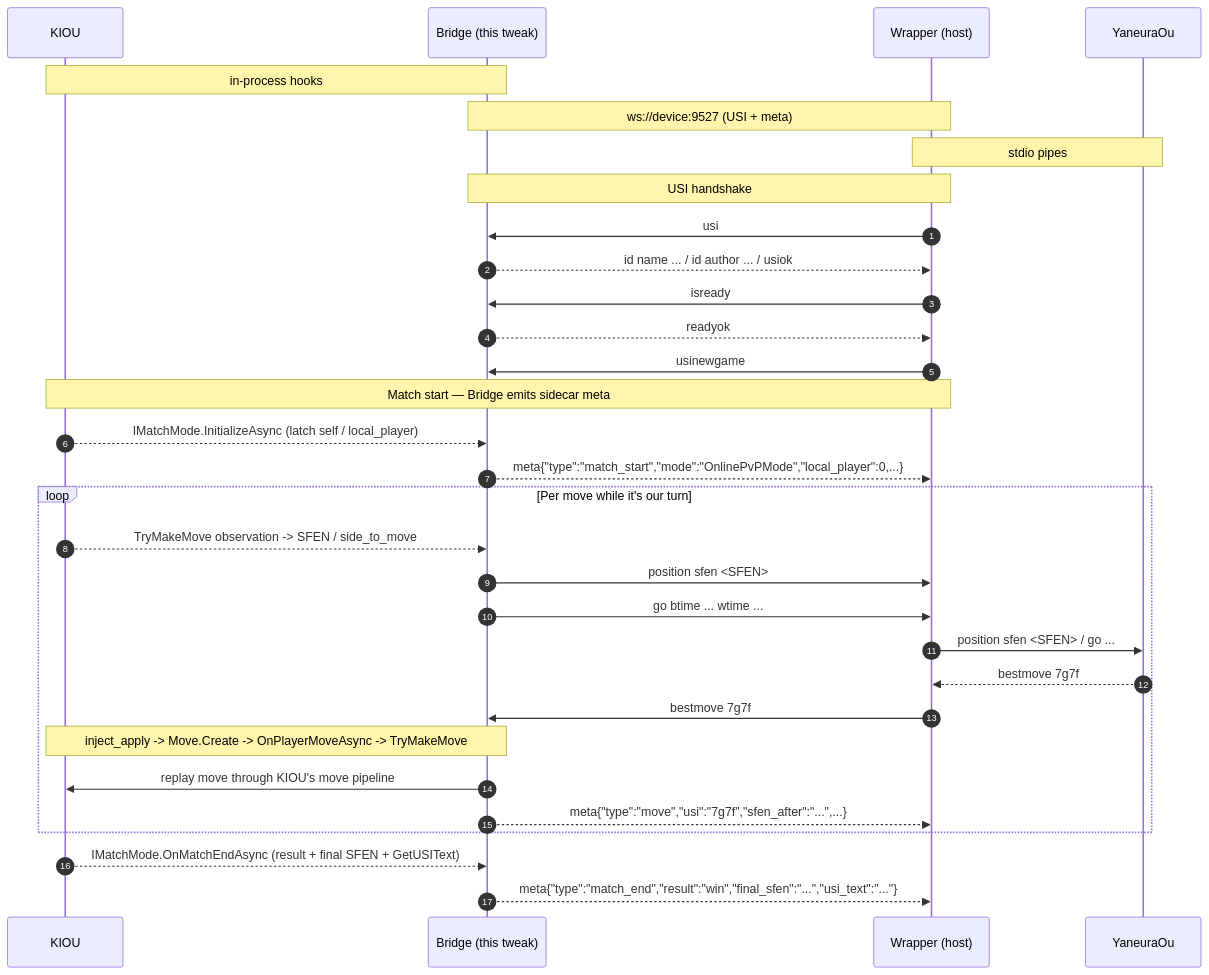
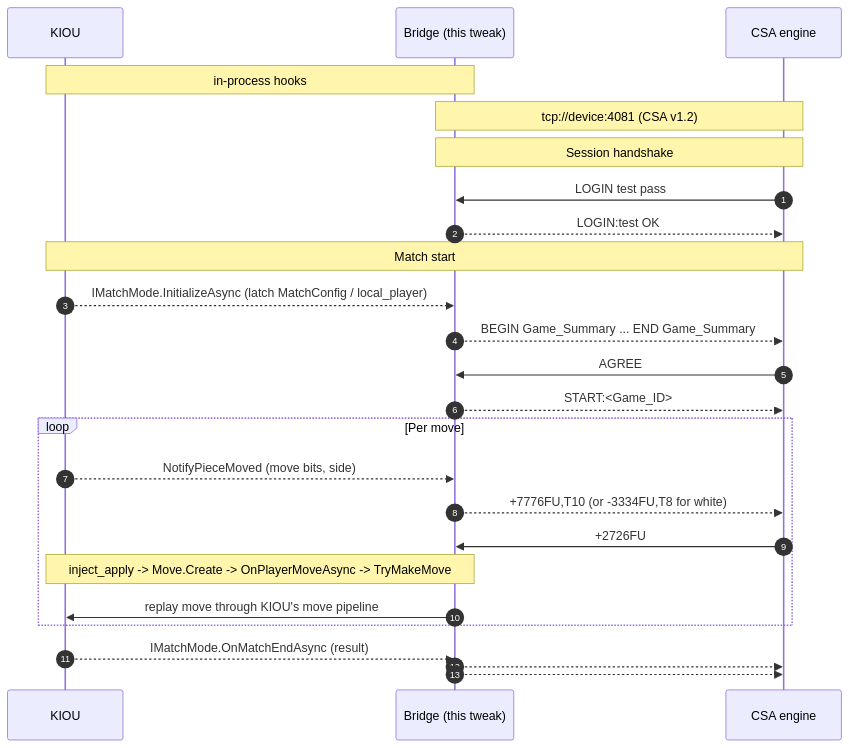
Before and after one commit to IPA-Patch/KiouEngineBridge: the first of 2 diagrams in README.md, drawn with Mermaid. The commit also changed other lines of this file and 6 other files, not shown here.

````diff
--- a/README.md
+++ b/README.md
@@ -90,38 +99,32 @@
 ```mermaid
 sequenceDiagram
     autonumber
     participant K as KIOU
     participant B as Bridge (this tweak)
-    participant W as Wrapper (host)
-    participant E as YaneuraOu
+    participant E as CSA engine
 
     Note over K,B: in-process hooks
-    Note over B,W: ws://device:9527 (USI + meta)
-    Note over W,E: stdio pipes
+    Note over B,E: tcp://device:4081 (CSA v1.2)
 
-    Note over B,W: USI handshake
-    W->>B: usi
-    B-->>W: id name ... / id author ... / usiok
-    W->>B: isready
-    B-->>W: readyok
-    W->>B: usinewgame
+    Note over B,E: Session handshake
+    E->>B: LOGIN test pass
+    B-->>E: LOGIN:test OK
 
-    Note over K,W: Match start — Bridge emits sidecar meta
-    K-->>B: IMatchMode.InitializeAsync (latch self / local_player)
-    B-->>W: meta{"type":"match_start","mode":"OnlinePvPMode","local_player":0,...}
+    Note over K,E: Match start
+    K-->>B: IMatchMode.InitializeAsync (latch MatchConfig / local_player)
+    B-->>E: BEGIN Game_Summary ... END Game_Summary
+    E->>B: AGREE
+    B-->>E: START:<Game_ID>
 
-    loop Per move while it's our turn
-        K-->>B: TryMakeMove observation -> SFEN / side_to_move
-        B->>W: position sfen <SFEN>
-        B->>W: go btime ... wtime ...
-        W->>E: position sfen <SFEN> / go ...
-        E-->>W: bestmove 7g7f
-        W->>B: bestmove 7g7f
+    loop Per move
+        K-->>B: NotifyPieceMoved (move bits, side)
+        B-->>E: +7776FU,T10  (or -3334FU,T8 for white)
+        E->>B: +2726FU
         Note over B,K: inject_apply -> Move.Create -> OnPlayerMoveAsync -> TryMakeMove
         B->>K: replay move through KIOU's move pipeline
-        B-->>W: meta{"type":"move","usi":"7g7f","sfen_after":"...",...}
     end
 
-    K-->>B: IMatchMode.OnMatchEndAsync (result + final SFEN + GetUSIText)
-    B-->>W: meta{"type":"match_end","result":"win","final_sfen":"...","usi_text":"..."}
+    K-->>B: IMatchMode.OnMatchEndAsync (result)
+    B-->>E: #RESIGN
+    B-->>E: #WIN
 ```
````
